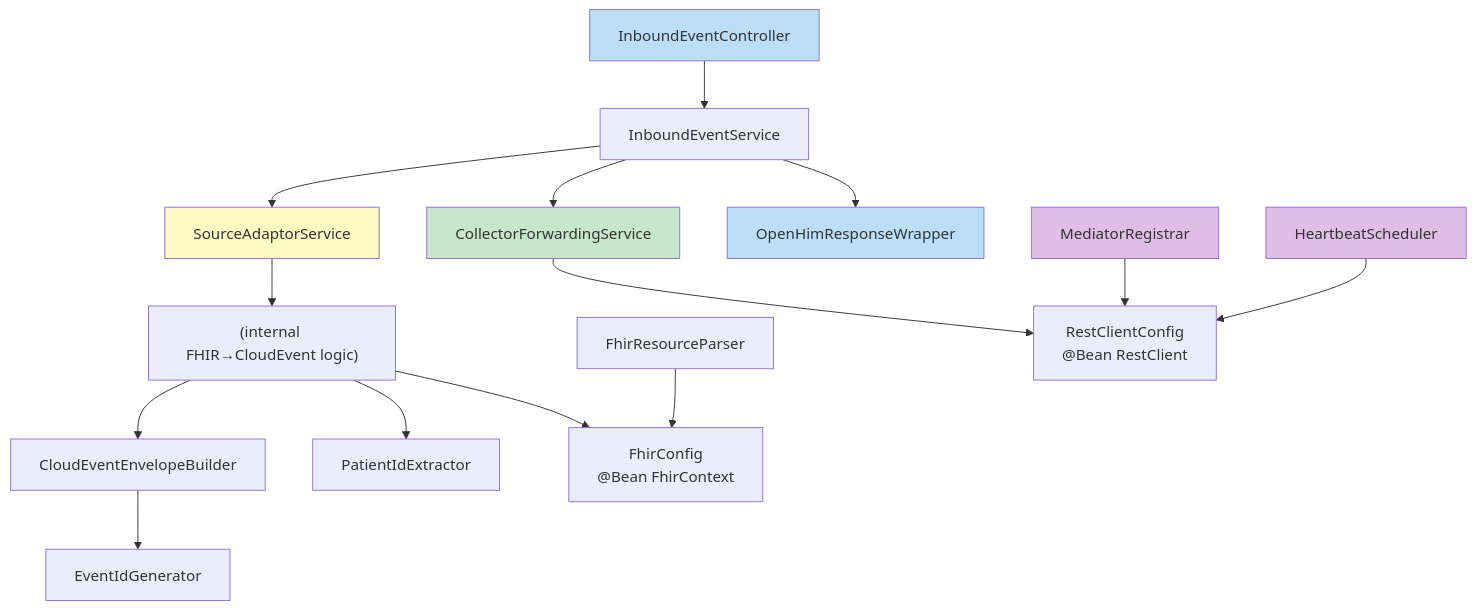
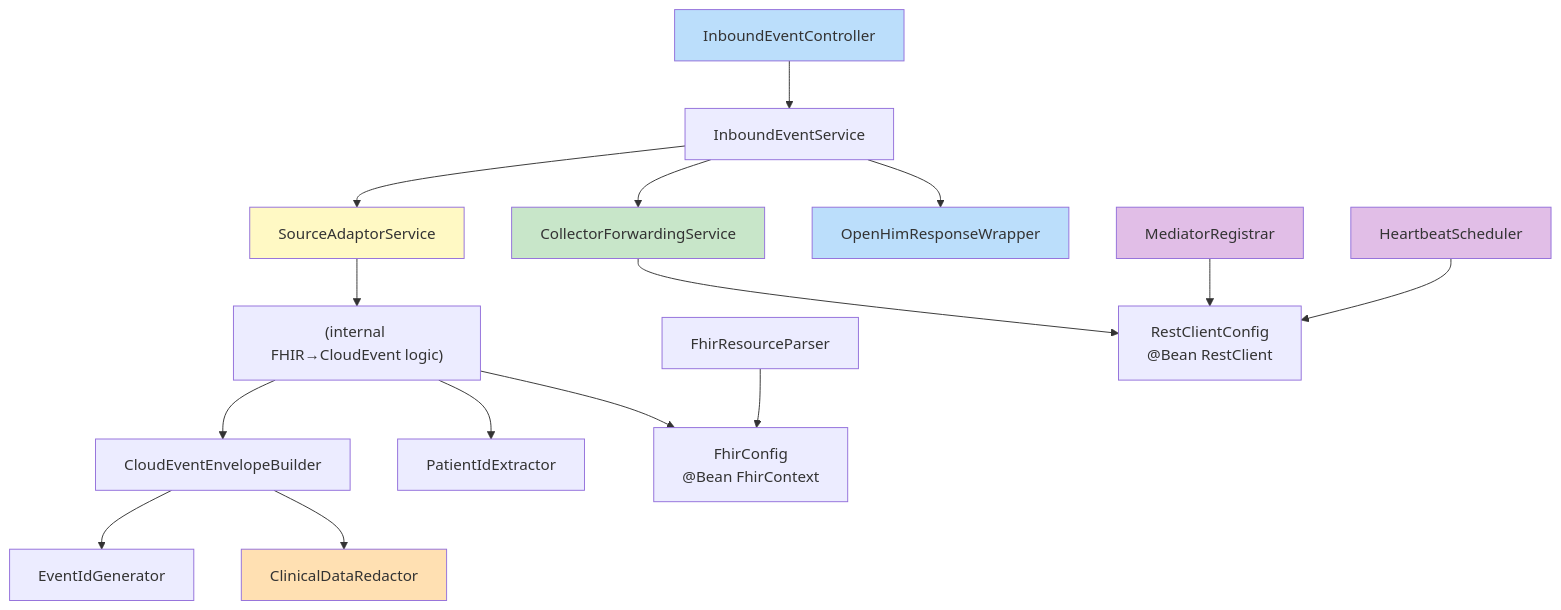
One commit to Jayaprakash8887/openhim-cce-emitter-adaptor changed the seventh of 8 diagrams in docs/flow-diagrams.md. Above: the diagram before and after it, drawn with Mermaid. The commit also changed other lines of this file and 12 other files, not shown here.

````diff
--- a/docs/flow-diagrams.md
+++ b/docs/flow-diagrams.md
@@ -264,48 +276,51 @@
 ```mermaid
 flowchart TD
     CTRL[InboundEventController]
     EVTSVC[InboundEventService]
     REG[SourceAdaptorService]
     FWD[CollectorForwardingService]
     WRAP[OpenHimResponseWrapper]
 
     SA_ABS["(internal FHIR→CloudEvent logic)"]
 
     CE[CloudEventEnvelopeBuilder]
+    RED[ClinicalDataRedactor]
     PIE[PatientIdExtractor]
     FRP[FhirResourceParser]
     IDG[EventIdGenerator]
 
     REG_HB[MediatorRegistrar]
     HB[HeartbeatScheduler]
 
     FC["FhirConfig<br/>@Bean FhirContext"]
     RC["RestClientConfig<br/>@Bean RestClient"]
 
     CTRL --> EVTSVC
 
     EVTSVC --> REG
     EVTSVC --> FWD
     EVTSVC --> WRAP
 
     REG --> SA_ABS
 
     SA_ABS --> CE
     SA_ABS --> PIE
 
     CE --> IDG
+    CE --> RED
 
     FWD --> RC
     REG_HB --> RC
     HB --> RC
 
     SA_ABS --> FC
     FRP --> FC
 
     style CTRL fill:#bbdefb
     style WRAP fill:#bbdefb
     style FWD fill:#c8e6c9
+    style RED fill:#ffe0b2
     style REG fill:#fff9c4
     style REG_HB fill:#e1bee7
     style HB fill:#e1bee7
 ```
````
